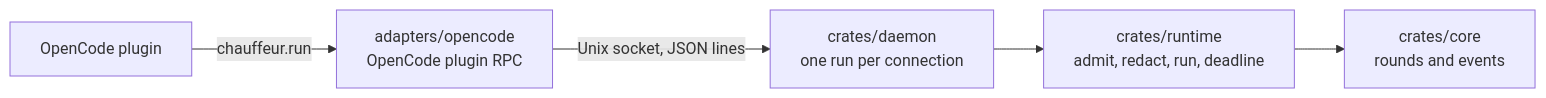
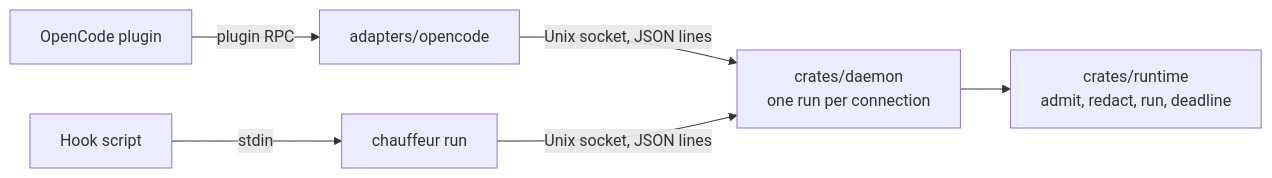
Before and after one commit to StevenJPx2/chauffeur: the fifth of 5 diagrams in docs/plans/pluggability.md, drawn with Mermaid. The commit also changed other lines of this file and 1 other file, not shown here.

First line of the commit message:
docs(plans): chauffeur.run is host-neutral, with one binding per adapter

````diff
--- a/docs/plans/pluggability.md
+++ b/docs/plans/pluggability.md
@@ -585,7 +606,8 @@
 ```mermaid
 flowchart LR
-    Plugin["OpenCode plugin"] -- "chauffeur.run" --> Adapter["adapters/opencode<br/>OpenCode plugin RPC"]
-    Adapter -- "Unix socket, JSON lines" --> Daemon["crates/daemon<br/>one run per connection"]
+    Plugin["OpenCode plugin"] -- "plugin RPC" --> OpenCode["adapters/opencode"]
+    Script["Hook script"] -- "stdin" --> Cli["chauffeur run"]
+    OpenCode -- "Unix socket, JSON lines" --> Daemon["crates/daemon<br/>one run per connection"]
+    Cli -- "Unix socket, JSON lines" --> Daemon
     Daemon --> Runtime["crates/runtime<br/>admit, redact, run, deadline"]
-    Runtime --> Core["crates/core<br/>rounds and events"]
 ```
````
